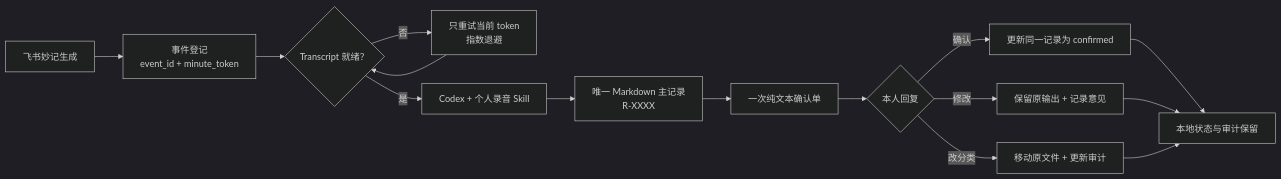
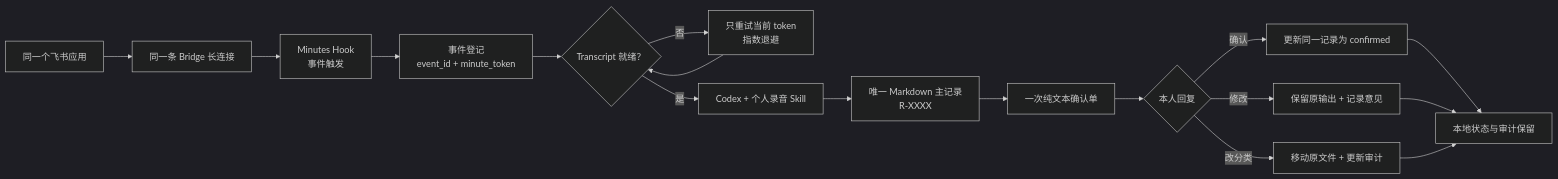
Before and after one commit to kellanxu/recording-agent-starter: the diagram in docs/FLOW.md, drawn with Mermaid (dark theme). The commit also changed 41 other files, not shown here.

Commit message:
feat: add single-connection recording flow

````diff
--- a/docs/FLOW.md
+++ b/docs/FLOW.md
@@ -3,17 +3,19 @@
 ```mermaid
 flowchart LR
-  A["飞书妙记生成"] --> B["事件登记<br/>event_id + minute_token"]
-  B --> C{"Transcript 就绪？"}
+  A["同一个飞书应用"] --> B["同一条 Bridge 长连接"]
+  B --> C0["Minutes Hook<br/>事件触发"]
+  C0 --> B0["事件登记<br/>event_id + minute_token"]
+  B0 --> C{"Transcript 就绪？"}
   C -- "否" --> D["只重试当前 token<br/>指数退避"]
   D --> C
   C -- "是" --> E["Codex + 个人录音 Skill"]
   E --> F["唯一 Markdown 主记录<br/>R-XXXX"]
   F --> G["一次纯文本确认单"]
   G --> H{"本人回复"}
   H -- "确认" --> I["更新同一记录为 confirmed"]
   H -- "修改" --> J["保留原输出 + 记录意见"]
   H -- "改分类" --> K["移动原文件 + 更新审计"]
   I --> L["本地状态与审计保留"]
   J --> L
   K --> L
 ```
````
